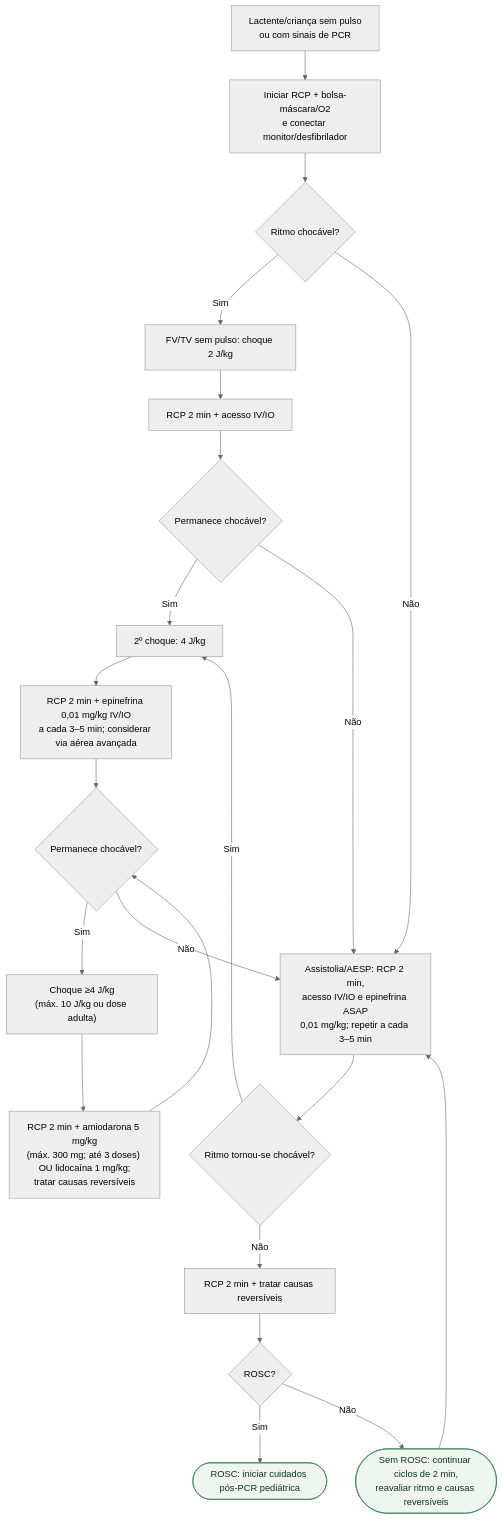
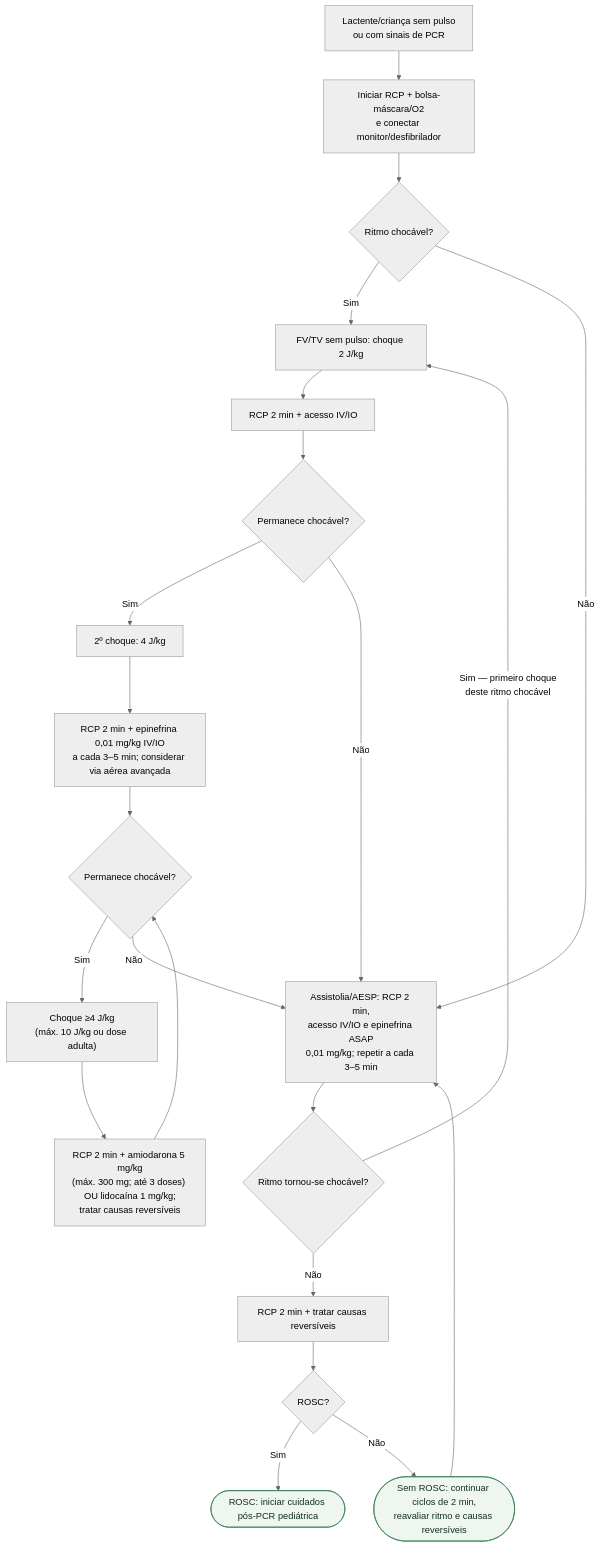
The diagram in content/Cardiologia_pediátrica/fluxograma-parada-cardiorrespiratoria-pediatrica-aha-aap-2025.md (rafaelpaesmeirelles/MeuCardio), drawn with Mermaid (neutral theme) before and after one commit. The commit also changed other lines of this file and 22 other files, not shown here.

````diff
--- a/content/Cardiologia_pediátrica/fluxograma-parada-cardiorrespiratoria-pediatrica-aha-aap-2025.md
+++ b/content/Cardiologia_pediátrica/fluxograma-parada-cardiorrespiratoria-pediatrica-aha-aap-2025.md
@@ -13,45 +14,45 @@
 ```mermaid
 flowchart TD
   R0["Lactente/criança sem pulso<br/>ou com sinais de PCR"]
   P1["Iniciar RCP + bolsa-máscara/O2<br/>e conectar monitor/desfibrilador"]
   D1{"Ritmo chocável?"}
   P2["FV/TV sem pulso: choque 2 J/kg"]
   P3["RCP 2 min + acesso IV/IO"]
   D2{"Permanece chocável?"}
   P4["2º choque: 4 J/kg"]
   P5["RCP 2 min + epinefrina 0,01 mg/kg IV/IO<br/>a cada 3–5 min; considerar via aérea avançada"]
   D3{"Permanece chocável?"}
   P6["Choque ≥4 J/kg<br/>(máx. 10 J/kg ou dose adulta)"]
   P7["RCP 2 min + amiodarona 5 mg/kg<br/>(máx. 300 mg; até 3 doses) OU lidocaína 1 mg/kg;<br/>tratar causas reversíveis"]
   P8["Assistolia/AESP: RCP 2 min,<br/>acesso IV/IO e epinefrina ASAP<br/>0,01 mg/kg; repetir a cada 3–5 min"]
   D4{"Ritmo tornou-se chocável?"}
   P9["RCP 2 min + tratar causas reversíveis"]
   D5{"ROSC?"}
   C1(["ROSC: iniciar cuidados pós-PCR pediátrica"])
   C2(["Sem ROSC: continuar ciclos de 2 min,<br/>reavaliar ritmo e causas reversíveis"])
 
   R0 --> P1
   P1 --> D1
   D1 -->|"Sim"| P2
   D1 -->|"Não"| P8
   P2 --> P3
   P3 --> D2
   D2 -->|"Sim"| P4
   D2 -->|"Não"| P8
   P4 --> P5
   P5 --> D3
   D3 -->|"Sim"| P6
   D3 -->|"Não"| P8
   P6 --> P7
   P7 --> D3
   P8 --> D4
-  D4 -->|"Sim"| P4
+  D4 -->|"Sim — primeiro choque<br/>deste ritmo chocável"| P2
   D4 -->|"Não"| P9
   P9 --> D5
   D5 -->|"Sim"| C1
   D5 -->|"Não"| C2
   C2 --> P8
 
   classDef conduta fill:#eef6ef,stroke:#2f7a4f,color:#12301f;
   class C1,C2 conduta;
 ```
````
